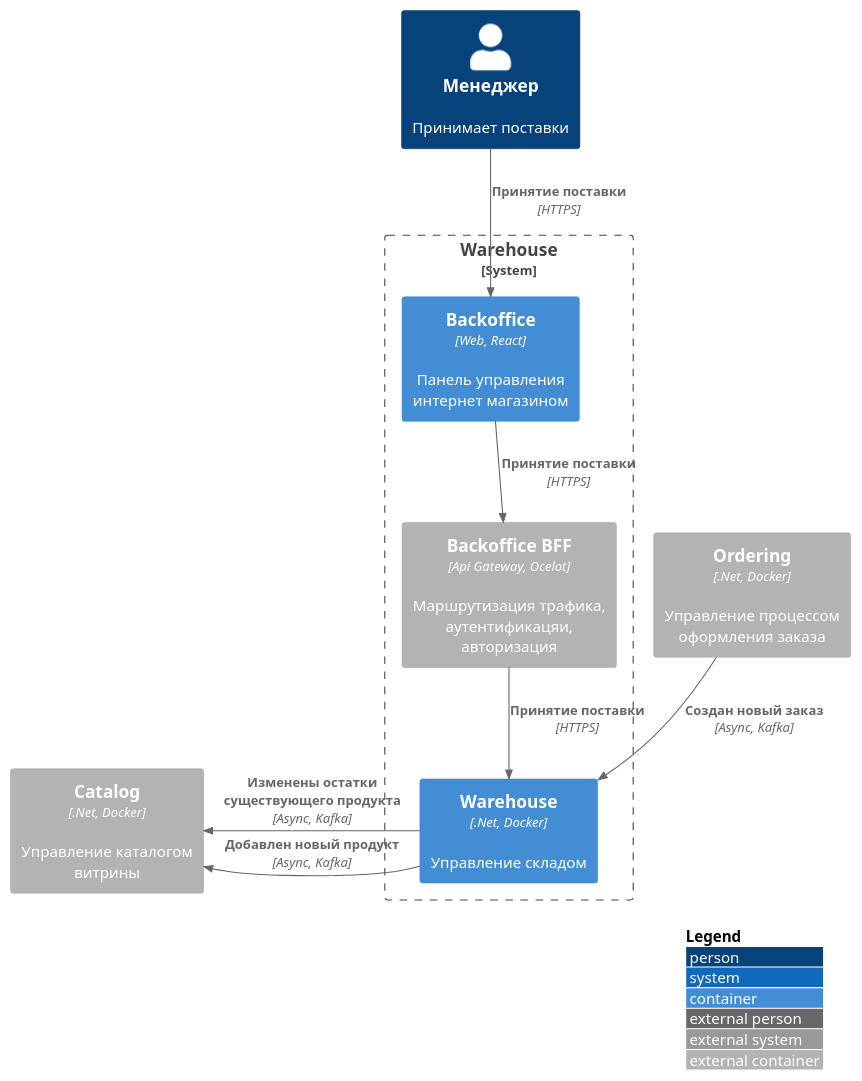
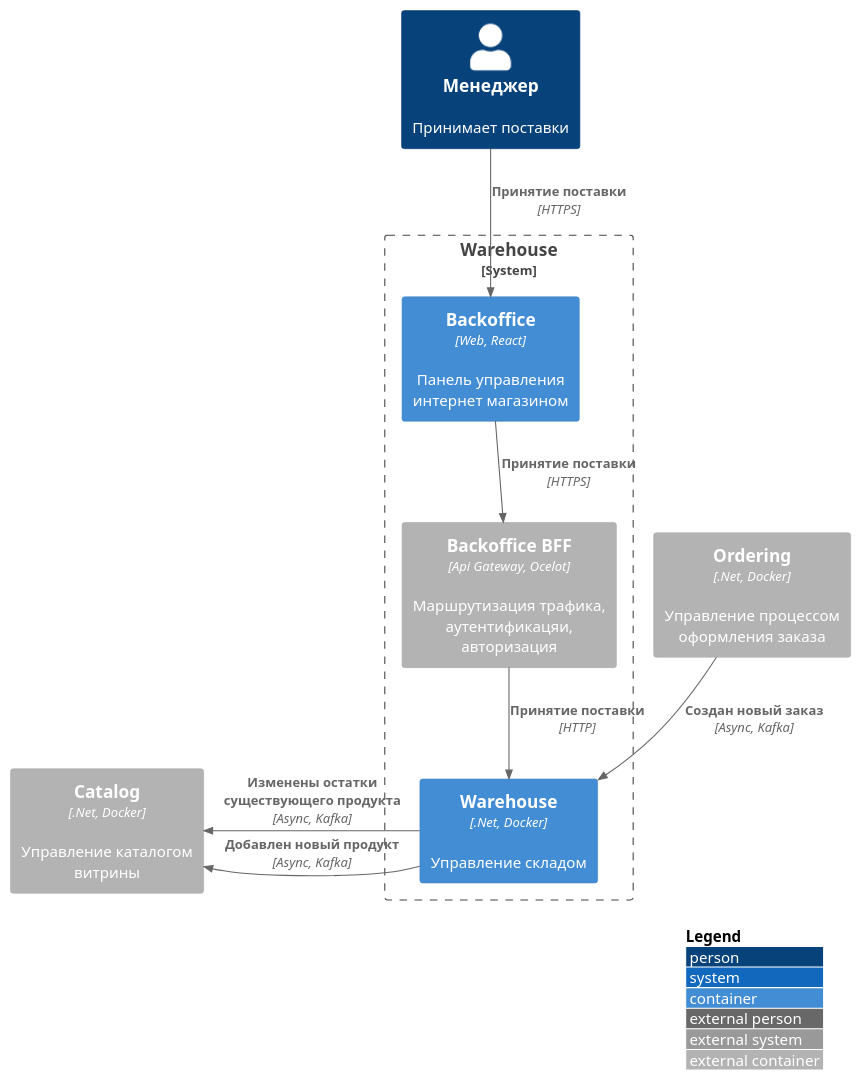
The first of 2 diagrams in services/warehouse/README.md (gerzhan/knigaexpert-system-design), drawn with PlantUML before and after one commit.

````diff
--- a/services/warehouse/README.md
+++ b/services/warehouse/README.md
@@ -9,34 +9,34 @@
 ```plantuml
 !include https://raw.githubusercontent.com/plantuml-stdlib/C4-PlantUML/master/C4_Container.puml
 
 skinparam wrapWidth 200
 skinparam maxMessageSize 200
 
 LAYOUT_TOP_DOWN()
 LAYOUT_WITH_LEGEND()
 
 Person(manager, Менеджер, "Принимает поставки")
 
 
 System_Boundary(boundary, "Warehouse") {
 
 ' Backoffice
 Container(backoffice_app, "Backoffice", "Web, React", "Панель управления интернет магазином")  
 Container_Ext(backoffice_bff, "Backoffice BFF", "Api Gateway, Ocelot", "Маршрутизация трафика, аутентификацяи, авторизация")
 Rel(backoffice_app, backoffice_bff, "Принятие поставки", "HTTPS")
 Rel(manager, backoffice_app, "Принятие поставки", "HTTPS")
 
 
 ' Services
 Container(warehouse, "Warehouse", ".Net, Docker", "Управление складом")
-Rel(backoffice_bff, warehouse, "Принятие поставки", "HTTPS")
+Rel(backoffice_bff, warehouse, "Принятие поставки", "HTTP")
 }
 
 Container_Ext(catalog, "Catalog", ".Net, Docker", "Управление каталогом витрины")
 Rel_L(warehouse, catalog, "Добавлен новый продукт", "Async, Kafka")
 Rel_L(warehouse, catalog, "Изменены остатки существующего продукта", "Async, Kafka")
 
 Container_Ext(ordering, "Ordering", ".Net, Docker", "Управление процессом оформления заказа")
 Rel(ordering, warehouse, "Cоздан новый заказ", "Async, Kafka")
 
 ```
````
